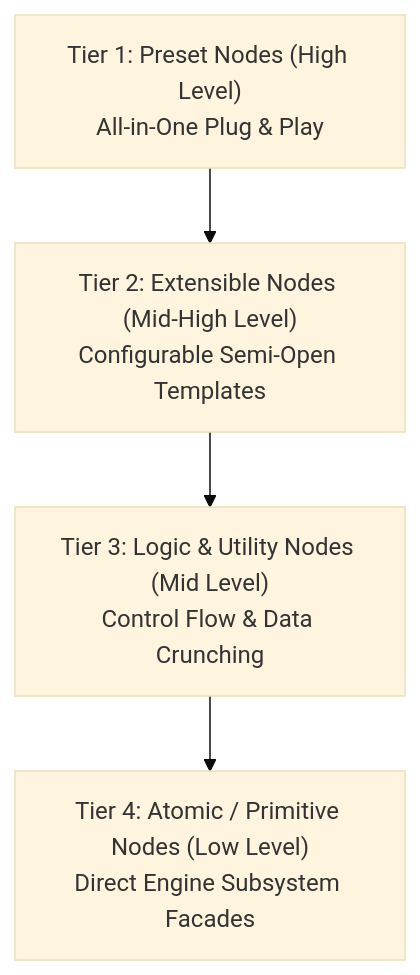
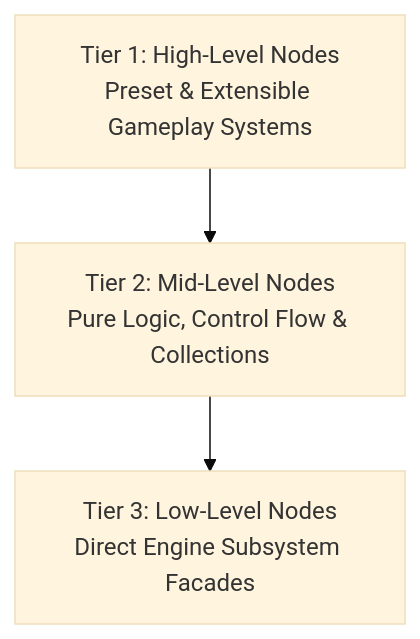
Before and after one commit to haikal-adnan/lupis-engine: the third of 5 diagrams in docs/visual-scripting.md, drawn with Mermaid (base theme). The commit also changed other lines of this file and 12 other files, not shown here.

````diff
--- a/docs/visual-scripting.md
+++ b/docs/visual-scripting.md
@@ -83,6 +83,5 @@
 ```mermaid
 graph TD
-    T1["Tier 1: Preset Nodes (High Level)<br/>All-in-One Plug & Play"] --> T2["Tier 2: Extensible Nodes (Mid-High Level)<br/>Configurable Semi-Open Templates"]
-    T2 --> T3["Tier 3: Logic & Utility Nodes (Mid Level)<br/>Control Flow & Data Crunching"]
-    T3 --> T4["Tier 4: Atomic / Primitive Nodes (Low Level)<br/>Direct Engine Subsystem Facades"]
+    T1["Tier 1: High-Level Nodes<br/>Preset & Extensible Gameplay Systems"] --> T2["Tier 2: Mid-Level Nodes<br/>Pure Logic, Control Flow & Collections"]
+    T2 --> T3["Tier 3: Low-Level Nodes<br/>Direct Engine Subsystem Facades"]
 ```
````
